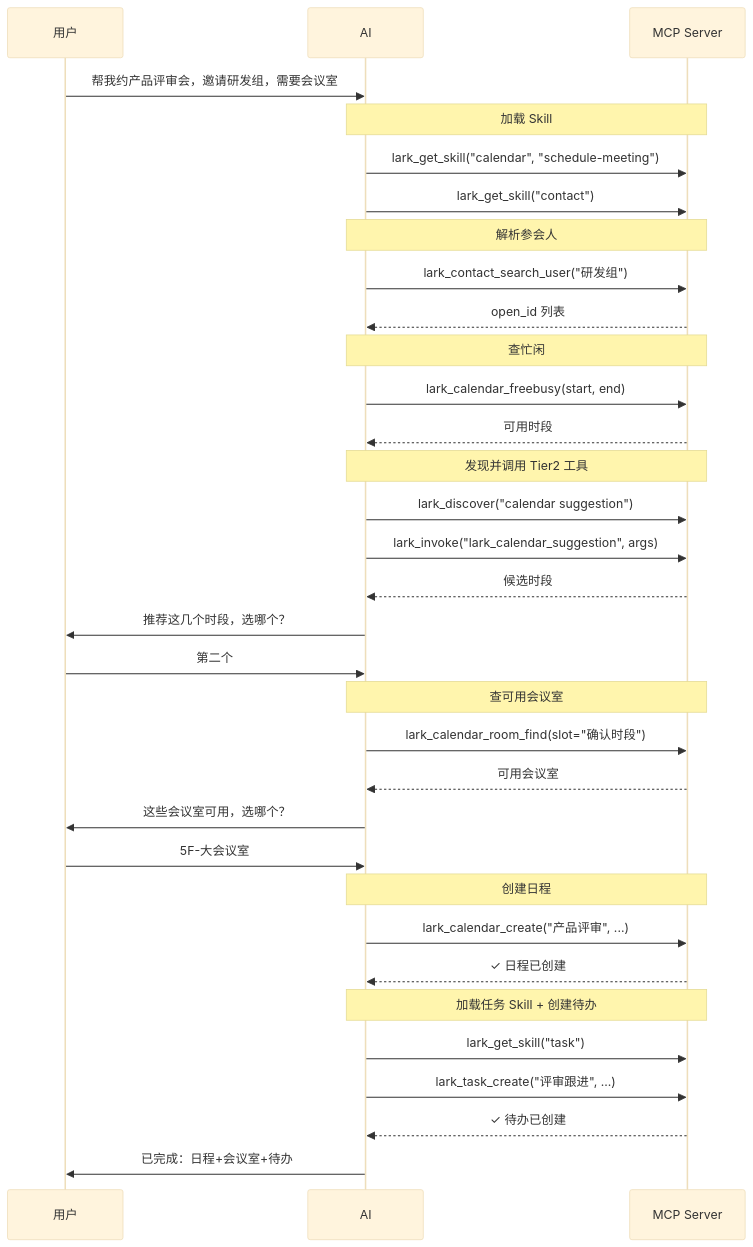
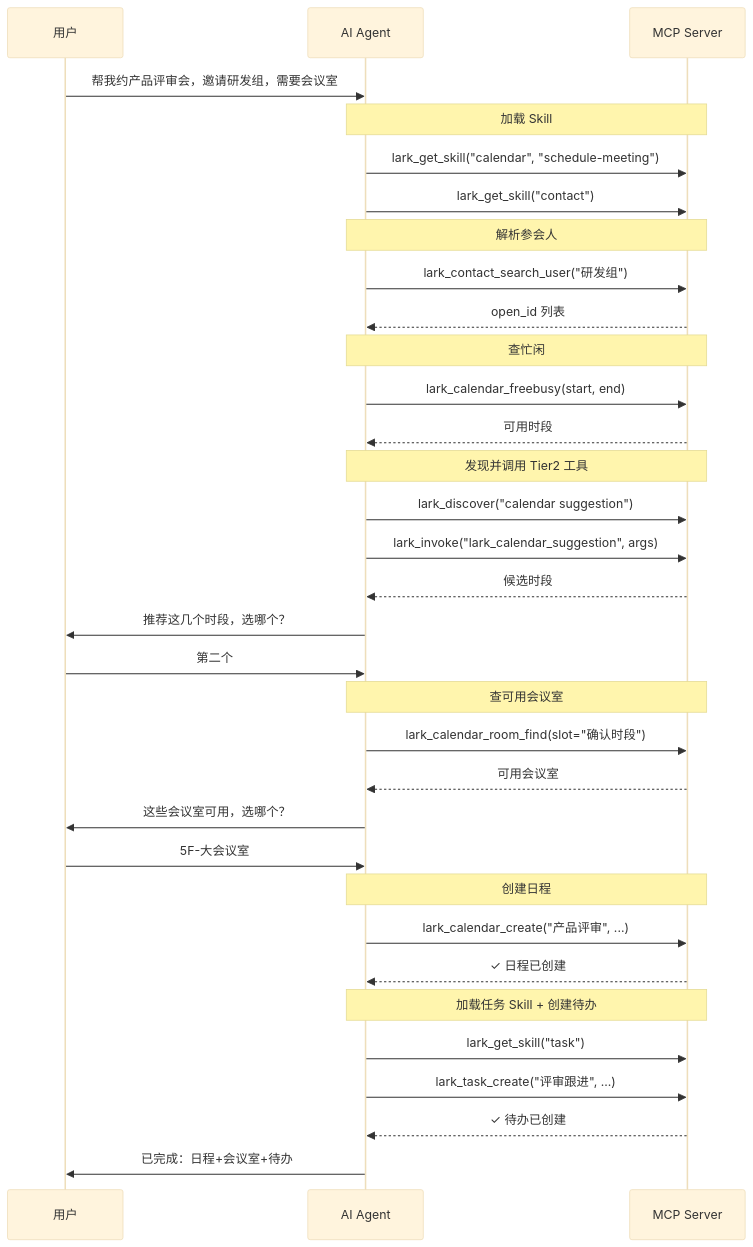
One commit to ddpie/lark-mcp-on-agentcore changed the first of 2 diagrams in README.md. Above: the diagram before and after it, drawn with Mermaid (base theme). The commit also changed other lines of this file, not shown here.

Commit message:
docs: rename 'AI' to 'AI Agent' in sequence diagrams

````diff
--- a/README.md
+++ b/README.md
@@ -131,36 +131,36 @@
 ```mermaid
 sequenceDiagram
     participant U as 用户
-    participant AI
+    participant AI as AI Agent
     participant MCP as MCP Server
 
     U->>AI: 帮我约产品评审会，邀请研发组，需要会议室
     Note over AI,MCP: 加载 Skill
     AI->>MCP: lark_get_skill("calendar", "schedule-meeting")
     AI->>MCP: lark_get_skill("contact")
     Note over AI,MCP: 解析参会人
     AI->>MCP: lark_contact_search_user("研发组")
     MCP-->>AI: open_id 列表
     Note over AI,MCP: 查忙闲
     AI->>MCP: lark_calendar_freebusy(start, end)
     MCP-->>AI: 可用时段
     Note over AI,MCP: 发现并调用 Tier2 工具
     AI->>MCP: lark_discover("calendar suggestion")
     AI->>MCP: lark_invoke("lark_calendar_suggestion", args)
     MCP-->>AI: 候选时段
     AI->>U: 推荐这几个时段，选哪个？
     U->>AI: 第二个
     Note over AI,MCP: 查可用会议室
     AI->>MCP: lark_calendar_room_find(slot="确认时段")
     MCP-->>AI: 可用会议室
     AI->>U: 这些会议室可用，选哪个？
     U->>AI: 5F-大会议室
     Note over AI,MCP: 创建日程
     AI->>MCP: lark_calendar_create("产品评审", ...)
     MCP-->>AI: ✓ 日程已创建
     Note over AI,MCP: 加载任务 Skill + 创建待办
     AI->>MCP: lark_get_skill("task")
     AI->>MCP: lark_task_create("评审跟进", ...)
     MCP-->>AI: ✓ 待办已创建
     AI->>U: 已完成：日程+会议室+待办
 ```
````
